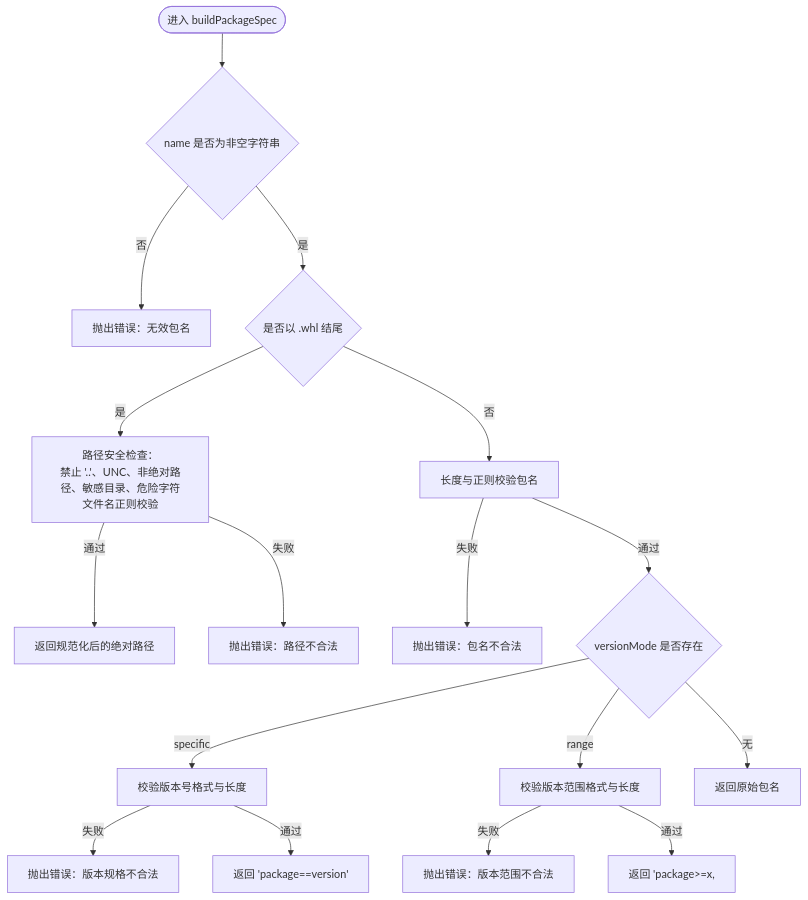
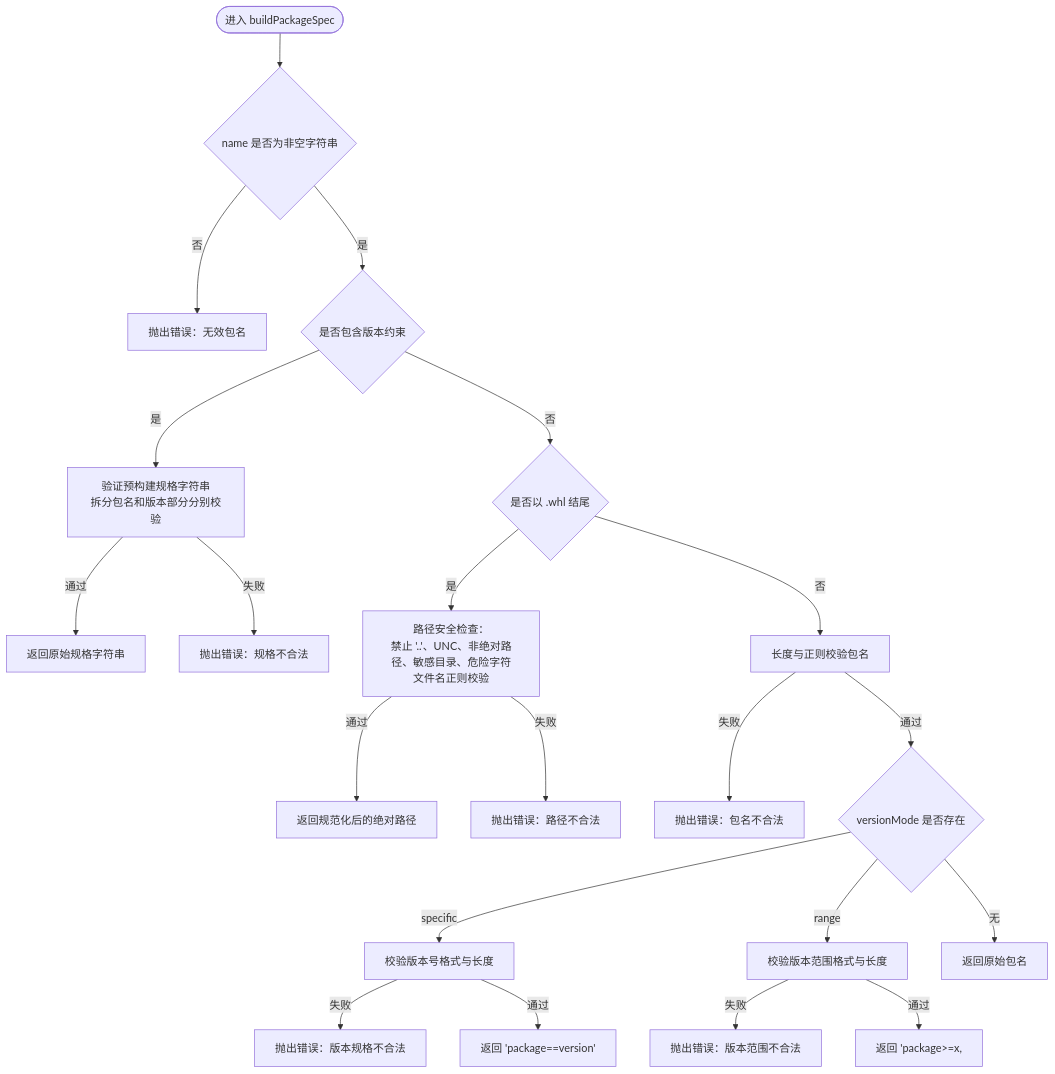
One commit to SoftheartedYYC/PyLibMaster changed the fourth of 5 diagrams in docs/zh/content/架构设计/模块化架构设计/工具模块设计/安全工具 (security.js).md. Above: the diagram before and after it, drawn with Mermaid. The commit also changed other lines of this file and 72 other files, not shown here.

````diff
--- a/docs/zh/content/架构设计/模块化架构设计/工具模块设计/安全工具 (security.js).md
+++ b/docs/zh/content/架构设计/模块化架构设计/工具模块设计/安全工具 (security.js).md
@@ -159,19 +201,23 @@
 ```mermaid
 flowchart TD
 Entry(["进入 buildPackageSpec"]) --> TypeCheck{"name 是否为非空字符串"}
 TypeCheck --> |否| Err1["抛出错误：无效包名"]
-TypeCheck --> |是| IsWheel{"是否以 .whl 结尾"}
+TypeCheck --> |是| PrebuiltCheck{"是否包含版本约束"}
+PrebuiltCheck --> |是| SpecValidate["验证预构建规格字符串<br/>拆分包名和版本部分分别校验"]
+SpecValidate --> |通过| ReturnSpec["返回原始规格字符串"]
+SpecValidate --> |失败| Err2["抛出错误：规格不合法"]
+PrebuiltCheck --> |否| IsWheel{"是否以 .whl 结尾"}
 IsWheel --> |是| WheelChecks["路径安全检查：<br/>禁止 '..'、UNC、非绝对路径、敏感目录、危险字符<br/>文件名正则校验"]
 WheelChecks --> |通过| ReturnWheel["返回规范化后的绝对路径"]
-WheelChecks --> |失败| Err2["抛出错误：路径不合法"]
+WheelChecks --> |失败| Err3["抛出错误：路径不合法"]
 IsWheel --> |否| NameChecks["长度与正则校验包名"]
-NameChecks --> |失败| Err3["抛出错误：包名不合法"]
+NameChecks --> |失败| Err4["抛出错误：包名不合法"]
 NameChecks --> |通过| VersionMode{"versionMode 是否存在"}
 VersionMode --> |specific| VerExact["校验版本号格式与长度"]
 VersionMode --> |range| VerRange["校验版本范围格式与长度"]
 VersionMode --> |无| ReturnName["返回原始包名"]
-VerExact --> |失败| Err4["抛出错误：版本规格不合法"]
+VerExact --> |失败| Err5["抛出错误：版本规格不合法"]
 VerExact --> |通过| ReturnExact["返回 'package==version'"]
-VerRange --> |失败| Err5["抛出错误：版本范围不合法"]
+VerRange --> |失败| Err6["抛出错误：版本范围不合法"]
 VerRange --> |通过| ReturnRange["返回 'package>=x,<y'"]
 ```
````
